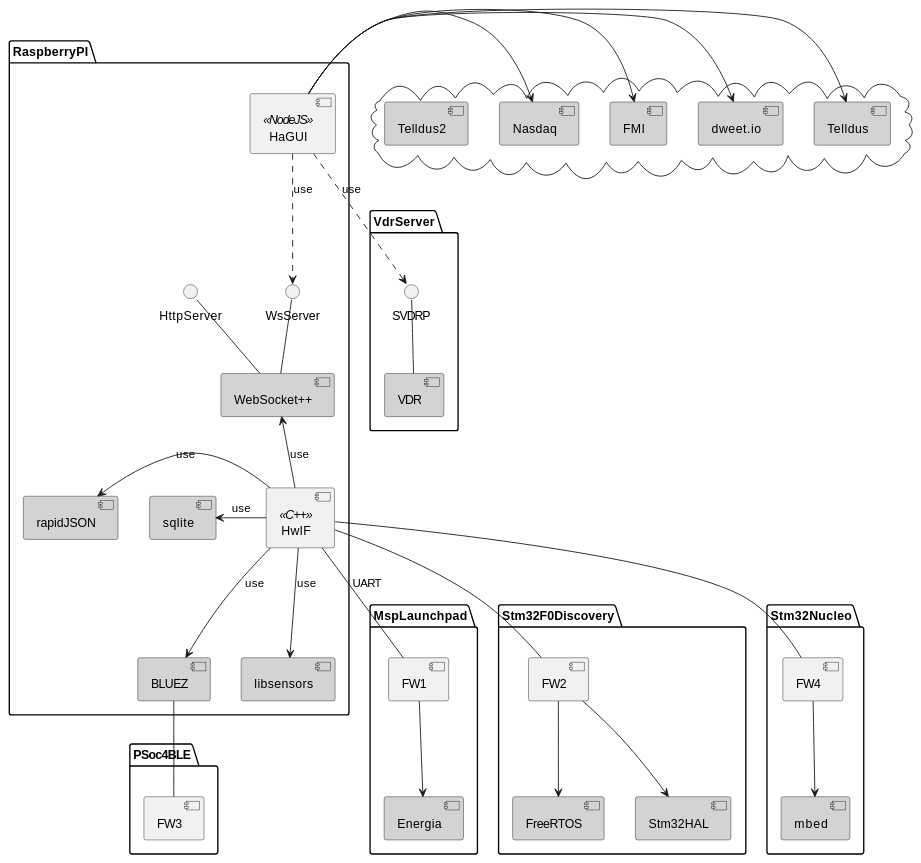
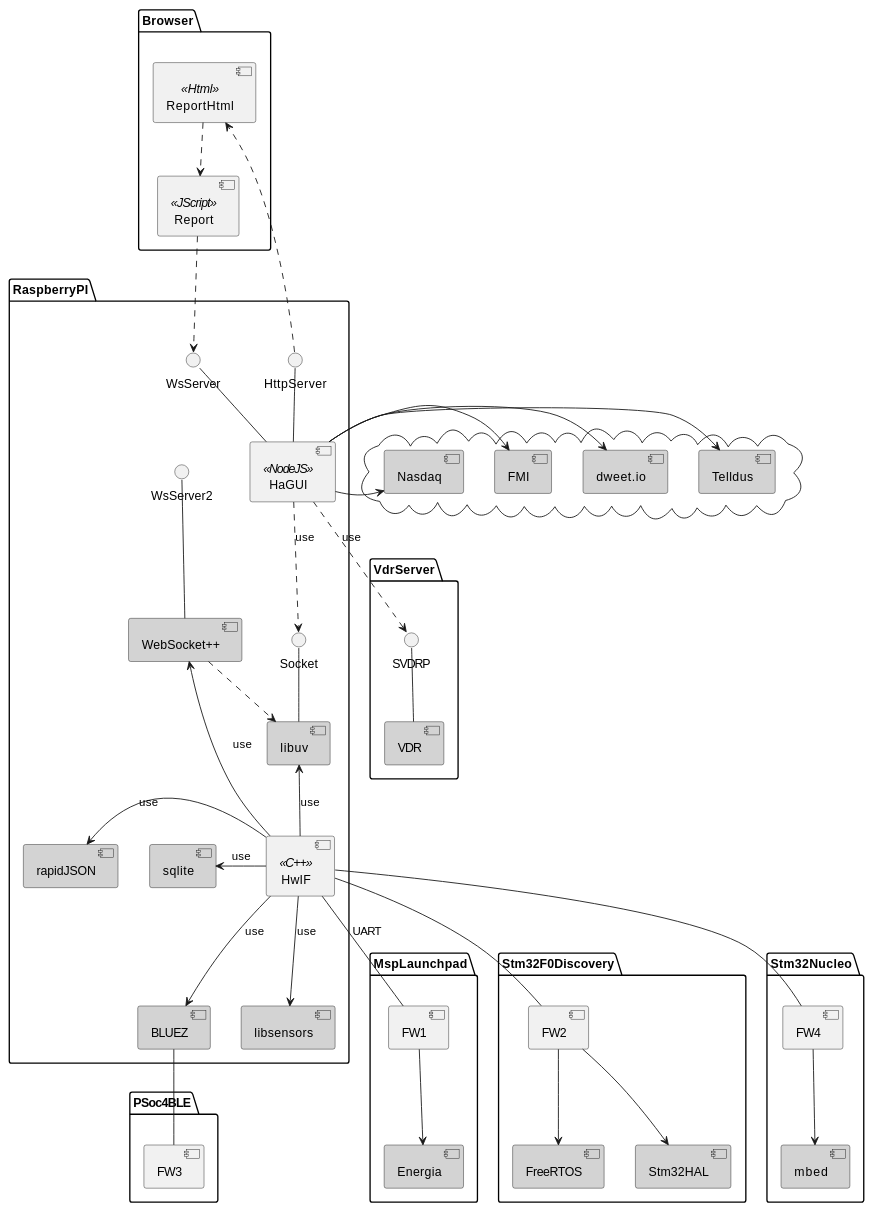
Before and after one commit to ojari/ojari.github.io: the diagram in github.org, drawn with PlantUML. The commit also changed 3 other files, not shown here.

```diff
--- a/github.org
+++ b/github.org
@@ -16,5 +16,12 @@
 #+begin_src plantuml :file uml1.png
 skinparam componentStyle uml2
+
+package Browser {
+   [ReportHtml] <<Html>>
+   [Report] <<JScript>>
+
+   [ReportHtml] .down.> [Report]  
+}
 
 package RaspberryPI {
    [HaGUI] <<NodeJS>>
@@ -22,18 +29,26 @@
 
    interface HttpServer
    interface WsServer
+   interface WsServer2
+   interface Socket
 
    component [BLUEZ] #LightGrey
    component [sqlite] #LightGrey
    component [rapidJSON] #LightGrey
    component [libsensors] #LightGrey
+   component [libuv] #LightGrey
    component [WebSocket++] #LightGrey
 
-   [HaGUI] .down.> WsServer : use
+   [Report] .down.> WsServer
+   [HaGUI] .down.> Socket : use
 
-   HttpServer -down- [WebSocket++]
-   WsServer -down- [WebSocket++]
+   HttpServer -down- [HaGUI]
+   WsServer -down- [HaGUI]
+   WsServer2 -down- [WebSocket++]
+   Socket -down- [libuv]
    [HwIF] -up-> [WebSocket++] : use
+   [HwIF] -up-> [libuv] : use
+   [WebSocket++] .down.> [libuv]
    [HwIF] -down-> [BLUEZ] : use
    [HwIF] -down-> [libsensors] : use
    [HwIF] -left-> [sqlite] : use
@@ -72,12 +87,12 @@
 
 cloud {
    cloud [Telldus] #LightGrey
-   cloud [Telldus2] #LightGrey
    component [dweet.io] #LightGrey
    component [FMI] #LightGrey
    component [Nasdaq] #LightGrey
 }
 
+HttpServer ..> [ReportHtml]
 [HaGUI] ..> SVDRP : use
 [HaGUI] -> [Telldus]
 [HaGUI] -> [dweet.io]
```
